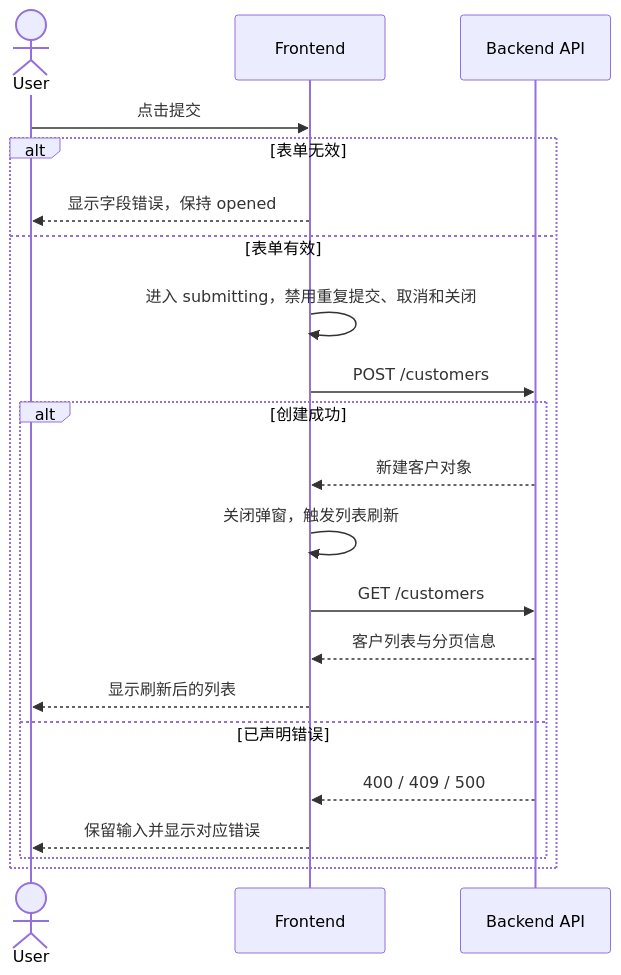
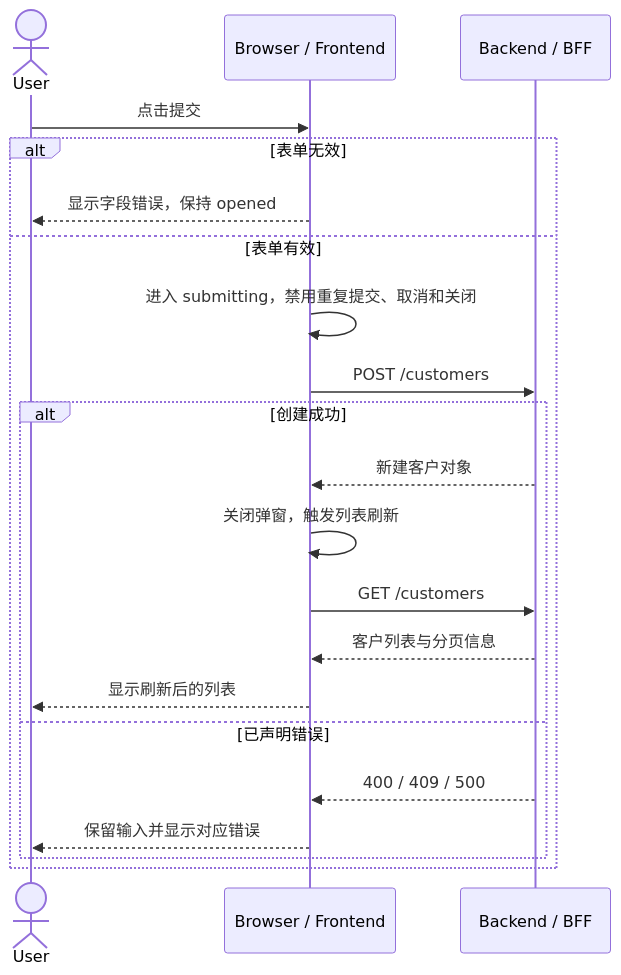
Before and after one commit to GHjiejie/Frontend-Engineering-Agent-Plugin: the diagram in frontend-interaction-design-plugin/skills/sequence-diagram-generator/examples/customer-management.md, drawn with Mermaid. The commit also changed other lines of this file and 25 other files, not shown here.

````diff
--- a/frontend-interaction-design-plugin/skills/sequence-diagram-generator/examples/customer-management.md
+++ b/frontend-interaction-design-plugin/skills/sequence-diagram-generator/examples/customer-management.md
@@ -22,24 +28,24 @@
 ```mermaid
 sequenceDiagram
     actor User
-    participant Frontend
-    participant API as Backend API
+    participant Frontend as Browser / Frontend
+    participant API as Backend / BFF
 
     User->>Frontend: 点击提交
     alt 表单无效
         Frontend-->>User: 显示字段错误，保持 opened
     else 表单有效
         Frontend->>Frontend: 进入 submitting，禁用重复提交、取消和关闭
         Frontend->>API: POST /customers
         alt 创建成功
             API-->>Frontend: 新建客户对象
             Frontend->>Frontend: 关闭弹窗，触发列表刷新
             Frontend->>API: GET /customers
             API-->>Frontend: 客户列表与分页信息
             Frontend-->>User: 显示刷新后的列表
         else 已声明错误
             API-->>Frontend: 400 / 409 / 500
             Frontend-->>User: 保留输入并显示对应错误
         end
     end
 ```
````
